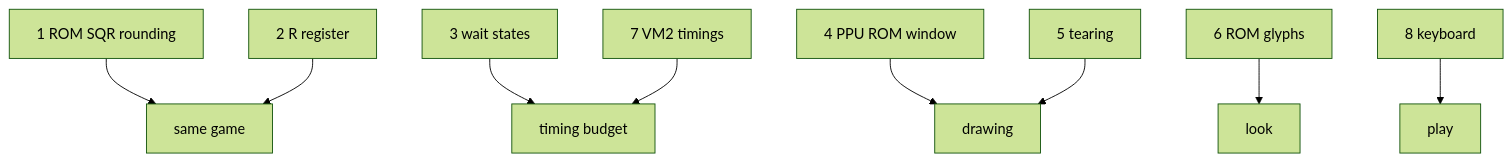
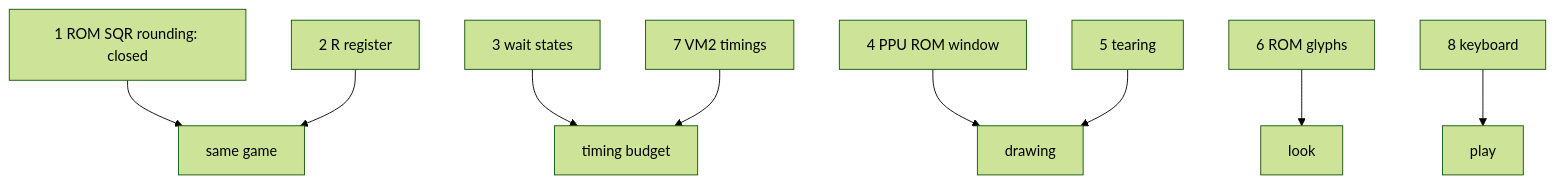
Before and after one commit to alfishe/unrealng-reverse-cases: the ninth of 10 diagrams in games/video-pool/docs/14-porting-to-uknc.md, drawn with Mermaid (forest theme). The commit also changed other lines of this file and 4 other files, not shown here.

Commit message:
Video Pool: AimShot checked against the ROM calculator on every game input; aim_int and the physics model follow the ROM's near-half rounding

````diff
--- a/games/video-pool/docs/14-porting-to-uknc.md
+++ b/games/video-pool/docs/14-porting-to-uknc.md
@@ -775,11 +833,11 @@
 ```mermaid
 flowchart TD
-    R1[1 ROM SQR rounding] --> S[same game]
+    R1[1 ROM SQR rounding: closed] --> S[same game]
     R2[2 R register] --> S
     R3[3 wait states] --> T[timing budget]
     R4[4 PPU ROM window] --> D[drawing]
     R5[5 tearing] --> D
     R7[7 VM2 timings] --> T
     R6[6 ROM glyphs] --> L[look]
     R8[8 keyboard] --> P[play]
 ```
````
